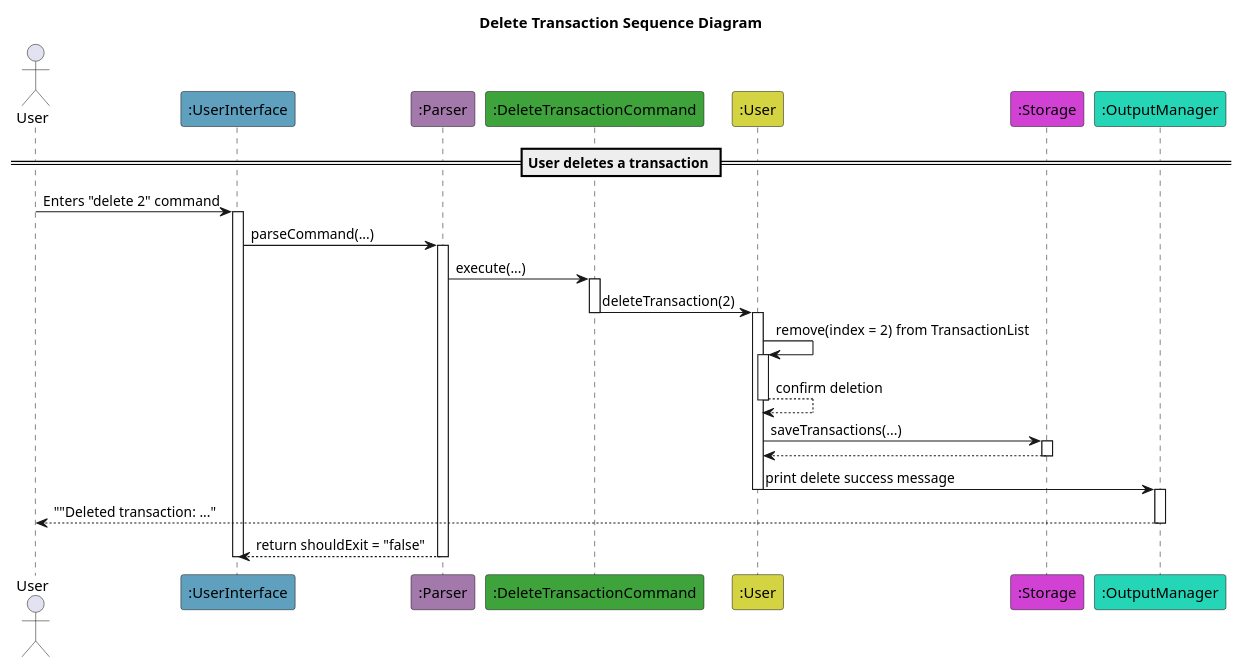
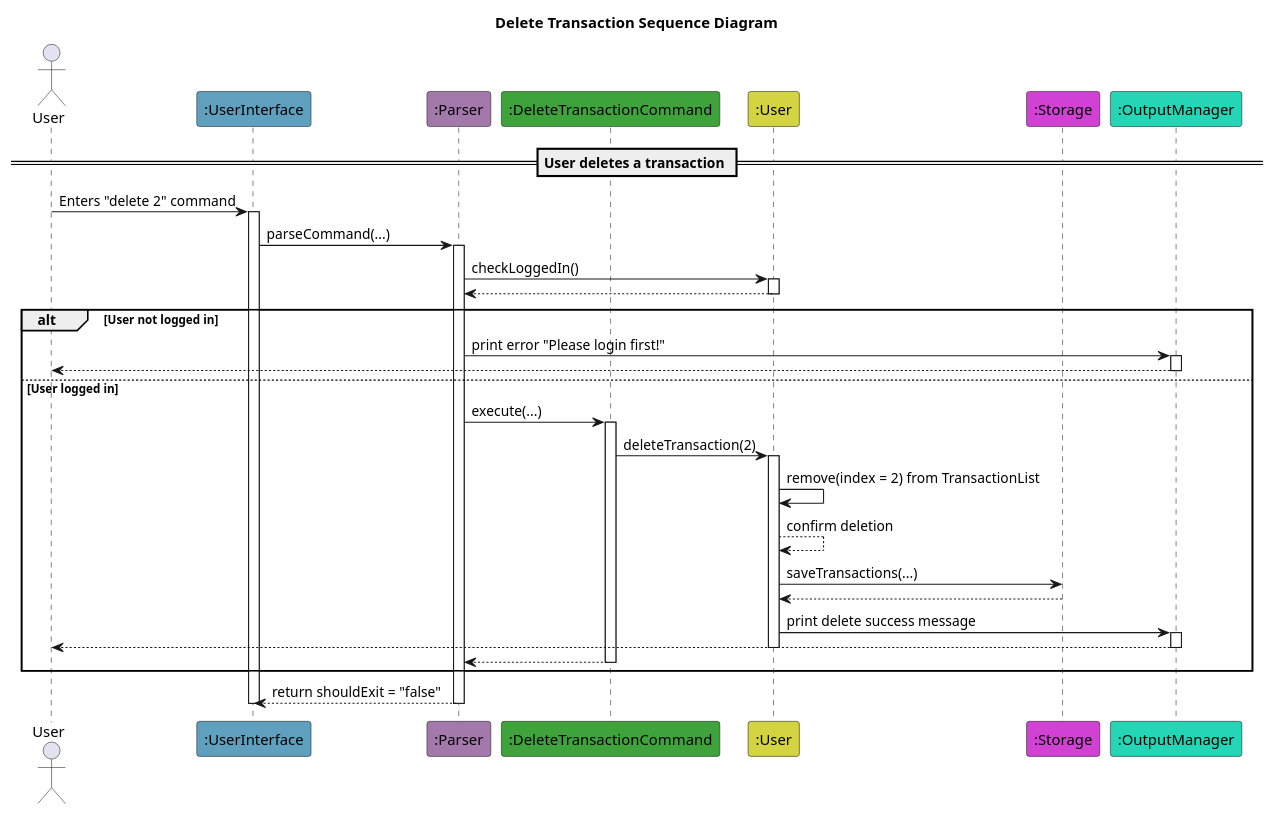
One commit to AY2526S1-CS2113-W10-2/tp changed the diagram in docs/team/CommandFeature/deleteCommand/deleteCommand.puml. Above: the diagram before and after it, drawn with PlantUML. The commit also changed 12 other files, not shown here.

```diff
--- a/docs/team/CommandFeature/deleteCommand/deleteCommand.puml
+++ b/docs/team/CommandFeature/deleteCommand/deleteCommand.puml
@@ -1,54 +1,62 @@
 @startuml
 'https://plantuml.com/sequence-diagram
-
-'autonumber
 
 actor User as U
 
 participant ":UserInterface" as UserInterface #60A0BF
 participant ":Parser" as Parser #A378AA
 participant ":DeleteTransactionCommand" as DeleteTransactionCommand #3EA33B
 participant ":User" as User #D4D442
 participant ":Storage" as Storage #D142D4
 participant ":OutputManager" as OutputManager #24D6B6
 
 title Delete Transaction Sequence Diagram
 
 == User deletes a transaction ==
 
 U -> UserInterface : Enters "delete 2" command
 activate UserInterface
 
 UserInterface -> Parser : parseCommand(...)
 activate Parser
 
+Parser -> User : checkLoggedIn()
+activate User
+
+User --> Parser
+deactivate User
+alt User not logged in
+
+Parser -> OutputManager : print error "Please login first!"
+activate OutputManager
+
+OutputManager --> U
+deactivate OutputManager
+else User logged in
 Parser -> DeleteTransactionCommand : execute(...)
 activate DeleteTransactionCommand
 
 DeleteTransactionCommand -> User : deleteTransaction(2)
-deactivate DeleteTransactionCommand
 activate User
 
 User -> User : remove(index = 2) from TransactionList
-activate User
 User --> User : confirm deletion
-deactivate User
 
 User -> Storage : saveTransactions(...)
-activate Storage
-
-Storage --> User :
-deactivate Storage
+Storage --> User
 
 User -> OutputManager : print delete success message
-deactivate User
 activate OutputManager
 
-OutputManager --> U : ""Deleted transaction: ..."
+OutputManager --> U
 deactivate OutputManager
+deactivate User
+DeleteTransactionCommand --> Parser
+deactivate DeleteTransactionCommand
+end
+
 Parser --> UserInterface : return shouldExit = "false"
 deactivate Parser
 deactivate UserInterface
 
-
 @enduml
```
